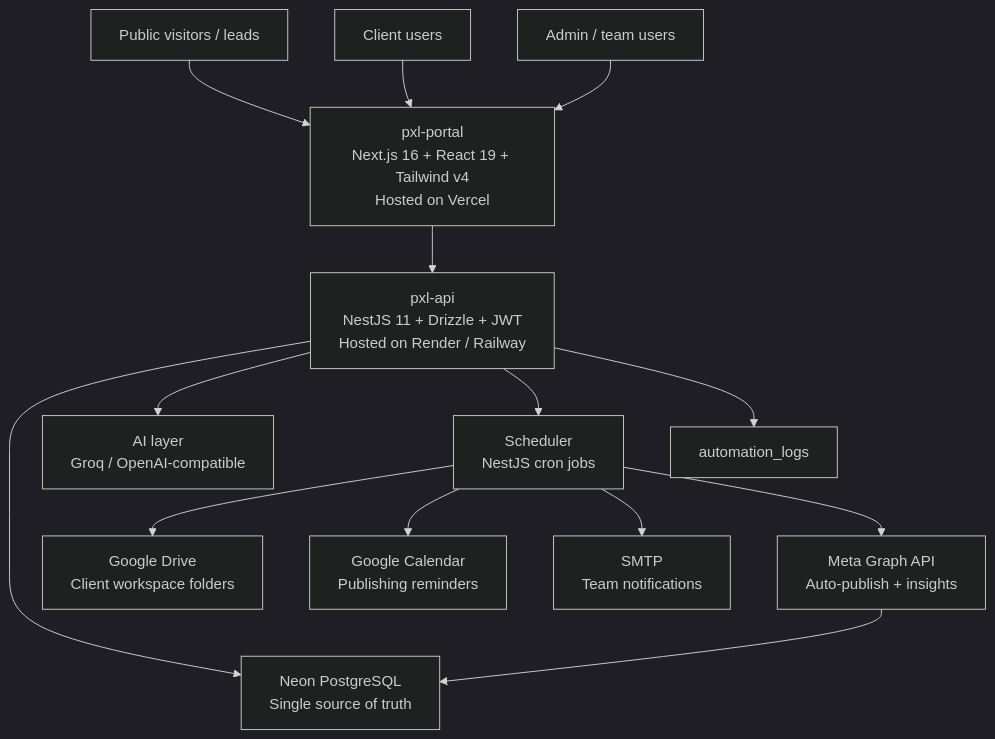
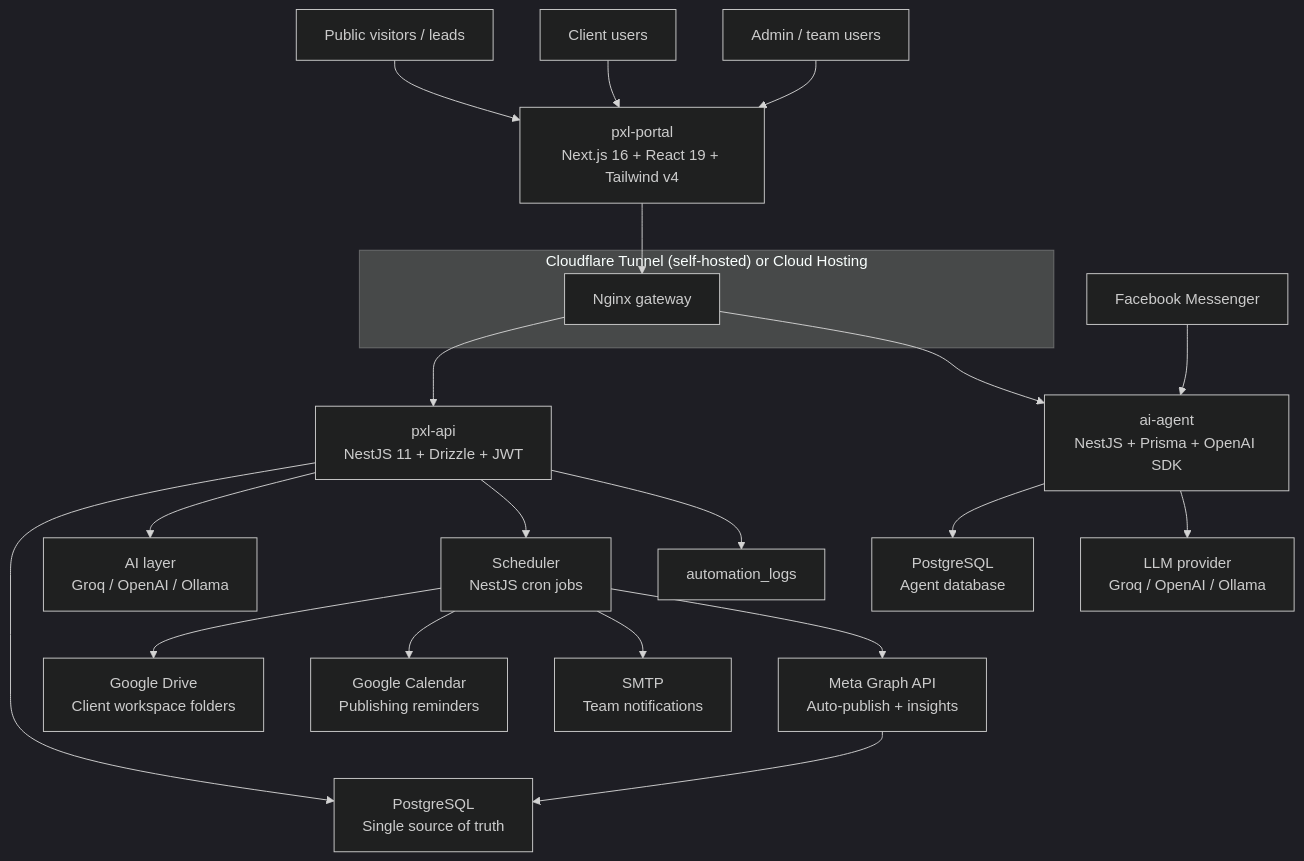
The first of 3 diagrams in profile/README.md (pxl-lgp/.github), drawn with Mermaid (dark theme) before and after one commit. The commit also changed other lines of this file, not shown here.

Commit message:
Update README.md to enhance clarity on AI Agent and database details, and refine deployment instructions for self-hosting

````diff
--- a/profile/README.md
+++ b/profile/README.md
@@ -53,20 +57,29 @@
 ```mermaid
 flowchart TB
   Public["Public visitors / leads"] --> Portal
   Client["Client users"] --> Portal
   Team["Admin / team users"] --> Portal
+  Messenger["Facebook Messenger"] --> Agent
 
-  Portal["pxl-portal<br/>Next.js 16 + React 19 + Tailwind v4<br/>Hosted on Vercel"]
-  Portal --> API["pxl-api<br/>NestJS 11 + Drizzle + JWT<br/>Hosted on Render / Railway"]
+  subgraph Tunnel["Cloudflare Tunnel (self-hosted) or Cloud Hosting"]
+    Gateway["Nginx gateway"]
+  end
 
-  API --> DB["Neon PostgreSQL<br/>Single source of truth"]
-  API --> AI["AI layer<br/>Groq / OpenAI-compatible"]
+  Portal["pxl-portal<br/>Next.js 16 + React 19 + Tailwind v4"]
+  Portal --> Gateway
+  Gateway --> API["pxl-api<br/>NestJS 11 + Drizzle + JWT"]
+  Gateway --> Agent["ai-agent<br/>NestJS + Prisma + OpenAI SDK"]
+
+  API --> DB["PostgreSQL<br/>Single source of truth"]
+  API --> AI["AI layer<br/>Groq / OpenAI / Ollama"]
   API --> Sched["Scheduler<br/>NestJS cron jobs"]
   API --> Logs["automation_logs"]
+  Agent --> AgentDB["PostgreSQL<br/>Agent database"]
+  Agent --> LLM["LLM provider<br/>Groq / OpenAI / Ollama"]
 
   Sched --> Drive["Google Drive<br/>Client workspace folders"]
   Sched --> Calendar["Google Calendar<br/>Publishing reminders"]
   Sched --> Email["SMTP<br/>Team notifications"]
   Sched --> Meta["Meta Graph API<br/>Auto-publish + insights"]
   Meta --> DB
 ```
````
